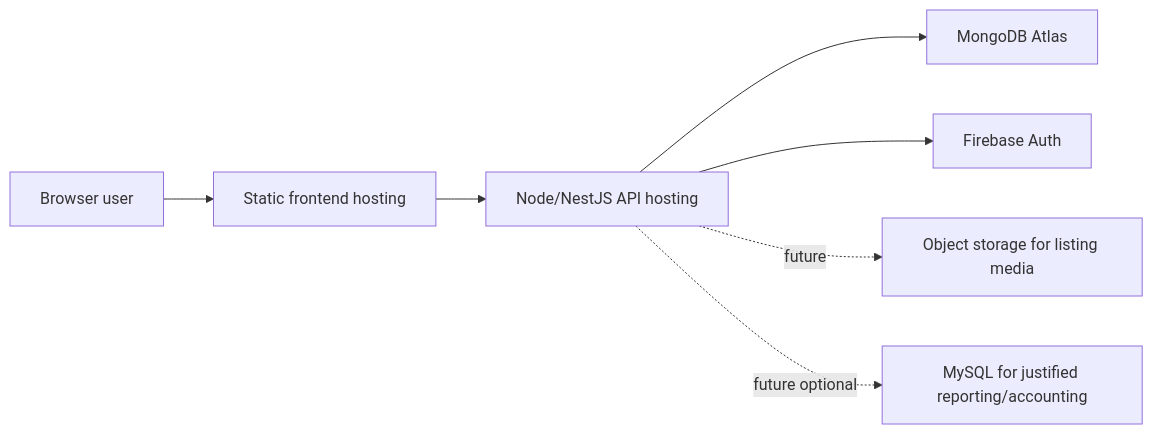
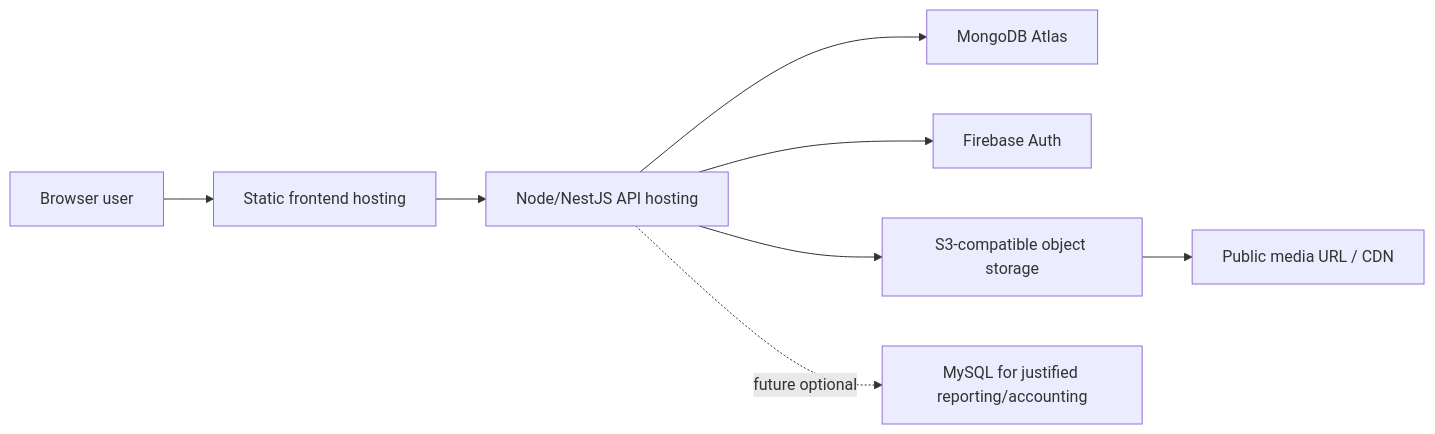
One commit to Himansha2001/rently changed the diagram in docs/diagrams/deployment-view.md. Above: the diagram before and after it, drawn with Mermaid. The commit also changed 65 other files, not shown here.

````diff
--- a/docs/diagrams/deployment-view.md
+++ b/docs/diagrams/deployment-view.md
@@ -3,9 +3,10 @@
 ```mermaid
 flowchart LR
   User["Browser user"] --> CDN["Static frontend hosting"]
   CDN --> API["Node/NestJS API hosting"]
   API --> Mongo["MongoDB Atlas"]
   API --> FirebaseAuth["Firebase Auth"]
-  API -. future .-> Storage["Object storage for listing media"]
+  API --> Storage["S3-compatible object storage"]
+  Storage --> CDNMedia["Public media URL / CDN"]
   API -. future optional .-> MySQL["MySQL for justified reporting/accounting"]
 ```
````
